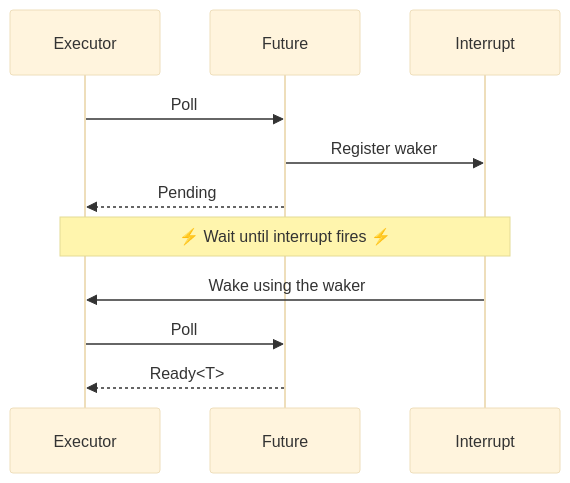
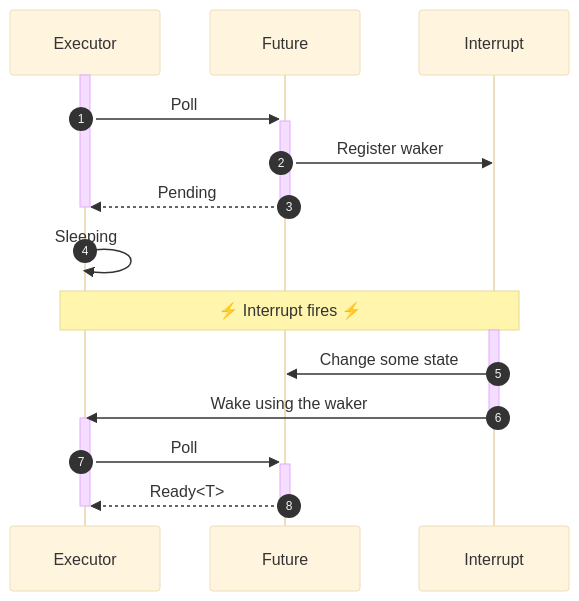
The second of 2 diagrams in slides/C-advanced-rust.md (tweedegolf/rust-training), drawn with Mermaid (base theme) before and after one commit. The commit also changed other lines of this file and 1 other file, not shown here.

````diff
--- a/slides/C-advanced-rust.md
+++ b/slides/C-advanced-rust.md
@@ -772,10 +801,18 @@
 ```mermaid
 sequenceDiagram
-    Executor->>Future: Poll
-    Future->>Interrupt: Register waker
-    Future-->>Executor: Pending
-    Note over Executor,Interrupt: ⚡ Wait until interrupt fires ⚡
-    Interrupt->>Executor: Wake using the waker
-    Executor->>Future: Poll
-    Future-->>Executor: Ready<T>
+    autonumber
+    activate Executor
+    Executor ->> +Future: Poll
+    Future ->> Interrupt: Register waker
+    Future -->> -Executor: Pending
+    deactivate Executor
+    Executor ->> Executor: Sleeping
+    Note over Executor,Interrupt: ⚡ Interrupt fires ⚡
+    activate Interrupt
+    Interrupt ->> Future: Change some state
+    Interrupt ->> -Executor: Wake using the waker
+    activate Executor
+    Executor ->> +Future: Poll
+    Future -->> -Executor: Ready<T>
+    deactivate Executor
 ```
````
